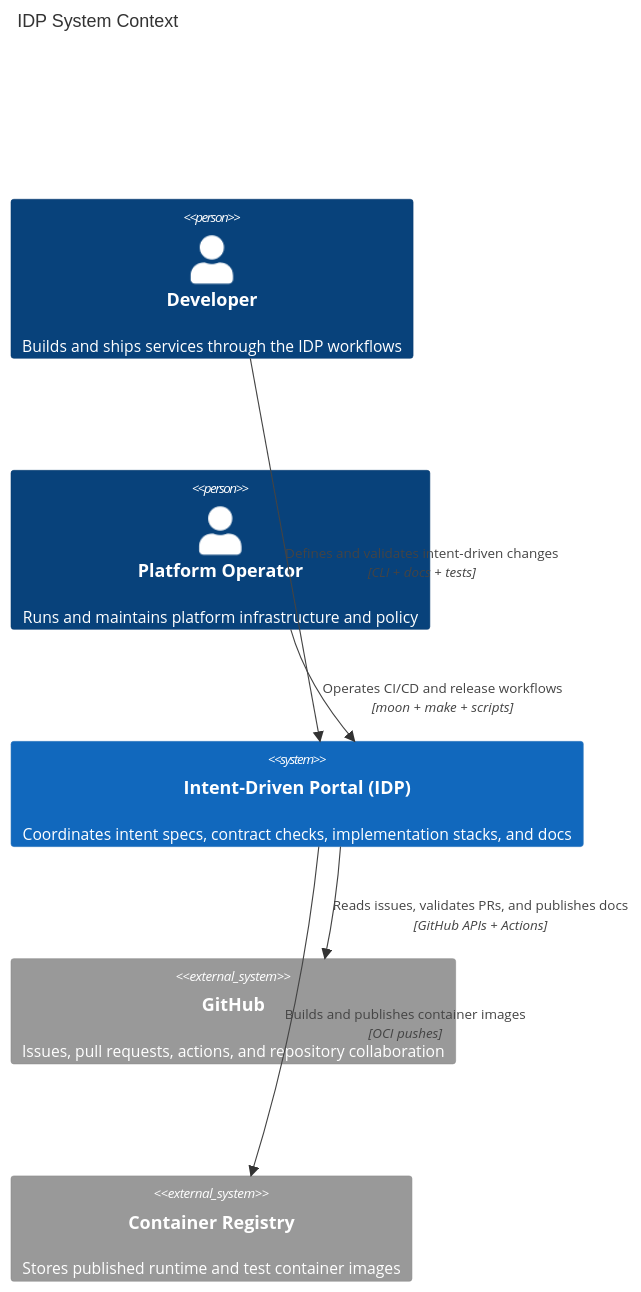
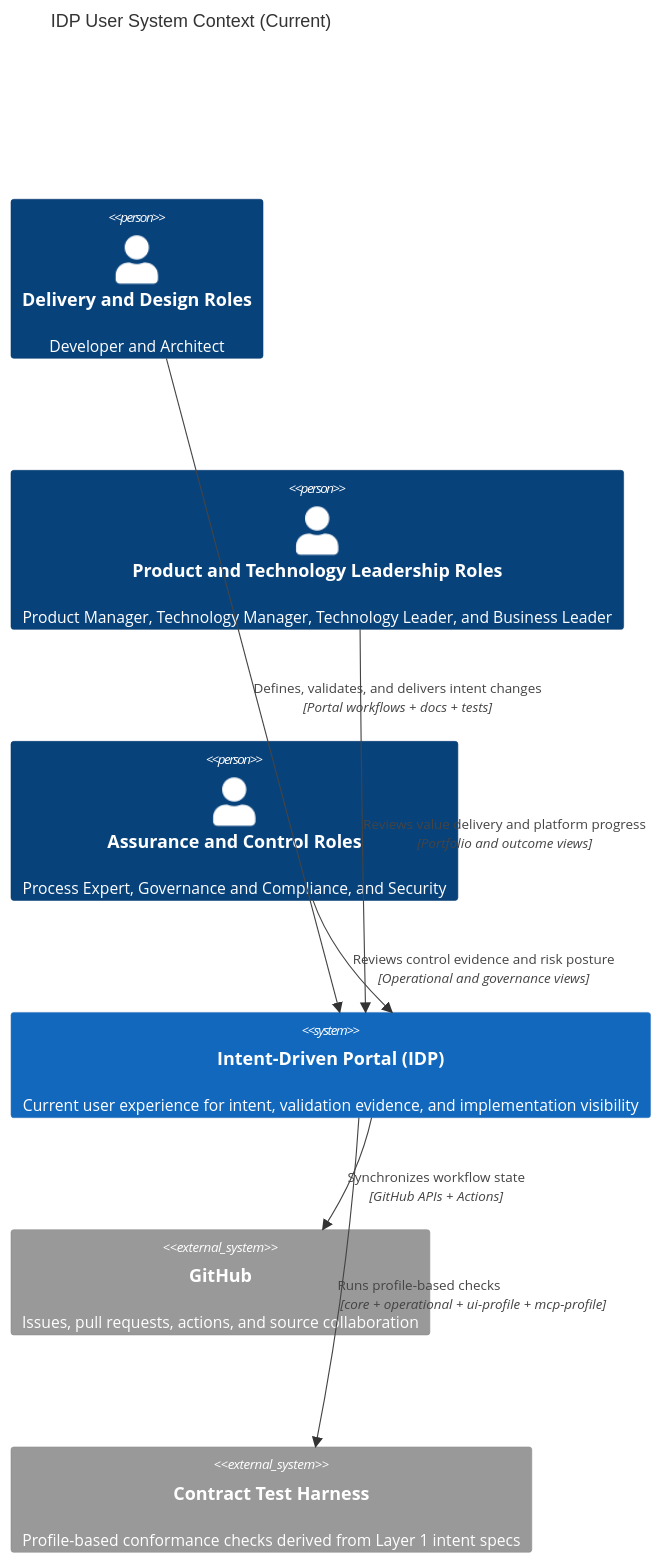
Before and after one commit to ourchitecture/idp: the diagram in docs/content/architecture/diagrams/level-1-system-context.md, drawn with Mermaid. The commit also changed other lines of this file and 24 other files, not shown here.

First line of the commit message:
chore(repo): scope container builds and refactor diagrams (#40)

````diff
--- a/docs/content/architecture/diagrams/level-1-system-context.md
+++ b/docs/content/architecture/diagrams/level-1-system-context.md
@@ -10,17 +20,19 @@
 ```mermaid
 C4Context
-  title IDP System Context
+  title IDP User System Context (Current)
 
-  Person(developer, "Developer", "Builds and ships services through the IDP workflows")
-  Person(operator, "Platform Operator", "Runs and maintains platform infrastructure and policy")
+  Person(deliveryAndDesign, "Delivery and Design Roles", "Developer and Architect")
+  Person(productAndTechLeadership, "Product and Technology Leadership Roles", "Product Manager, Technology Manager, Technology Leader, and Business Leader")
+  Person(assuranceAndControl, "Assurance and Control Roles", "Process Expert, Governance and Compliance, and Security")
 
-  System(idp, "Intent-Driven Portal (IDP)", "Coordinates intent specs, contract checks, implementation stacks, and docs")
+  System(idp, "Intent-Driven Portal (IDP)", "Current user experience for intent, validation evidence, and implementation visibility")
 
-  System_Ext(github, "GitHub", "Issues, pull requests, actions, and repository collaboration")
-  System_Ext(ghcr, "Container Registry", "Stores published runtime and test container images")
+  System_Ext(github, "GitHub", "Issues, pull requests, actions, and source collaboration")
+  System_Ext(contractHarness, "Contract Test Harness", "Profile-based conformance checks derived from Layer 1 intent specs")
 
-  Rel(developer, idp, "Defines and validates intent-driven changes", "CLI + docs + tests")
-  Rel(operator, idp, "Operates CI/CD and release workflows", "moon + make + scripts")
-  Rel(idp, github, "Reads issues, validates PRs, and publishes docs", "GitHub APIs + Actions")
-  Rel(idp, ghcr, "Builds and publishes container images", "OCI pushes")
+  Rel(deliveryAndDesign, idp, "Defines, validates, and delivers intent changes", "Portal workflows + docs + tests")
+  Rel(productAndTechLeadership, idp, "Reviews value delivery and platform progress", "Portfolio and outcome views")
+  Rel(assuranceAndControl, idp, "Reviews control evidence and risk posture", "Operational and governance views")
+  Rel(idp, github, "Synchronizes workflow state", "GitHub APIs + Actions")
+  Rel(idp, contractHarness, "Runs profile-based checks", "core + operational + ui-profile + mcp-profile")
 ```
````
